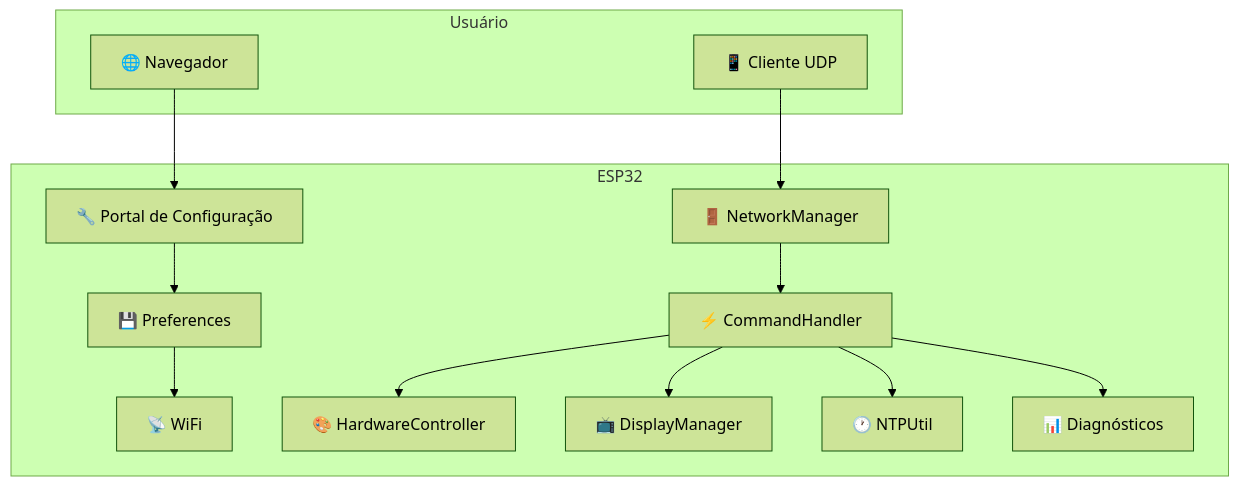
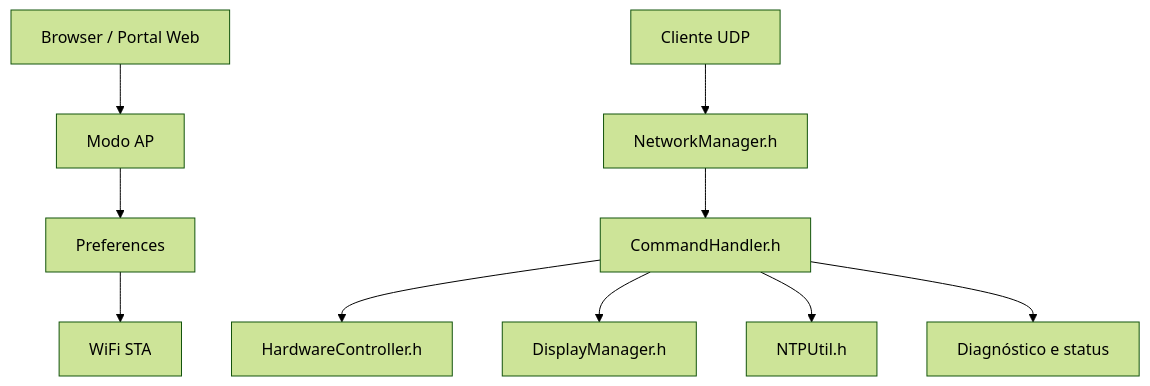
One commit to paulocfmarques-collab/esp32_wifi changed the first of 2 diagrams in README.md. Above: the diagram before and after it, drawn with Mermaid (forest theme). The commit also changed other lines of this file, not shown here.

````diff
--- a/README.md
+++ b/README.md
@@ -133,29 +48,13 @@
 ```mermaid
-flowchart TB
-    subgraph Entrada[Usuário]
-        WEB[🌐 Navegador]
-        CLIENT[📱 Cliente UDP]
-    end
+flowchart TD
+    WEB[Browser / Portal Web] --> AP[Modo AP]
+    AP --> PREF[Preferences]
+    PREF --> WIFI[WiFi STA]
 
-    subgraph Core[ESP32]
-        PORTAL[🔧 Portal de Configuração]
-        PREF[💾 Preferences]
-        WIFI[📡 WiFi]
-        NET[🚪 NetworkManager]
-        CMD[⚡ CommandHandler]
-        LED[🎨 HardwareController]
-        DISP[📺 DisplayManager]
-        NTP[🕐 NTPUtil]
-        MON[📊 Diagnósticos]
-    end
-
-    WEB --> PORTAL
-    PORTAL --> PREF
-    PREF --> WIFI
-    CLIENT --> NET
-    NET --> CMD
-    CMD --> LED
-    CMD --> DISP
-    CMD --> NTP
-    CMD --> MON
+    CLIENT[Cliente UDP] --> NET[NetworkManager.h]
+    NET --> CMD[CommandHandler.h]
+    CMD --> LED[HardwareController.h]
+    CMD --> DISP[DisplayManager.h]
+    CMD --> NTP[NTPUtil.h]
+    CMD --> MON[Diagnóstico e status]
 ```
````
